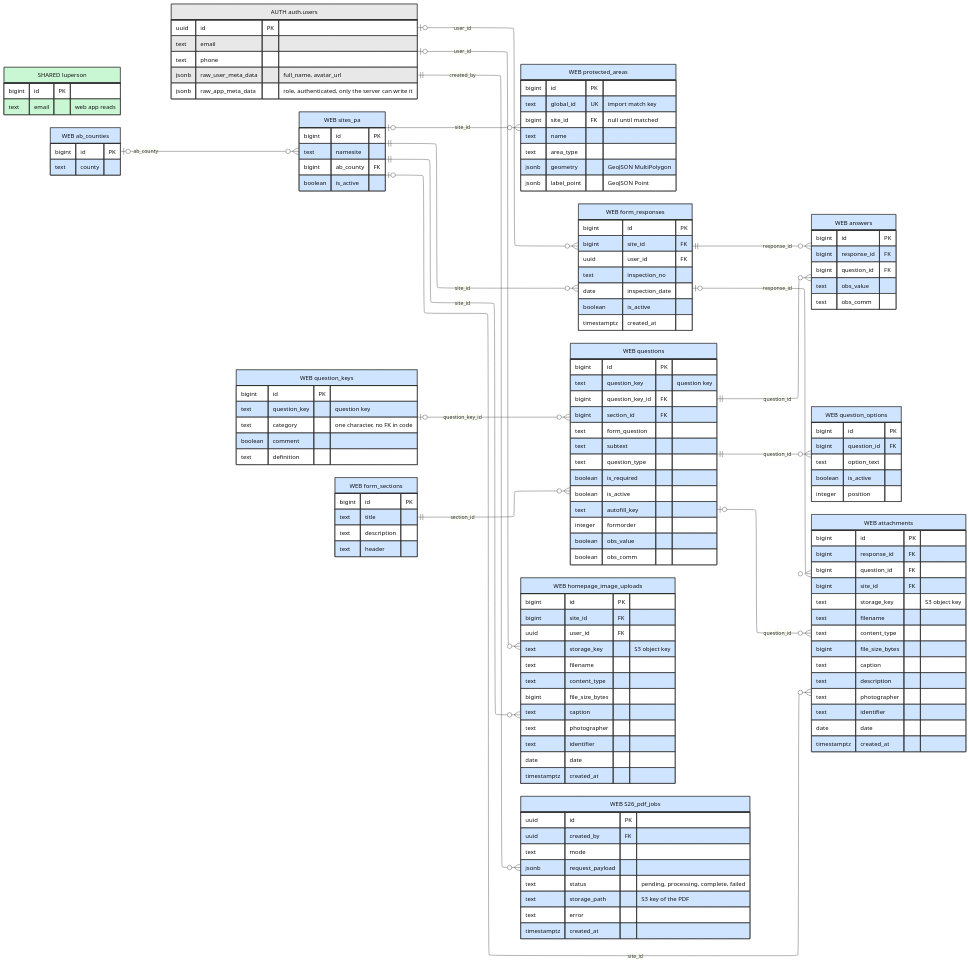
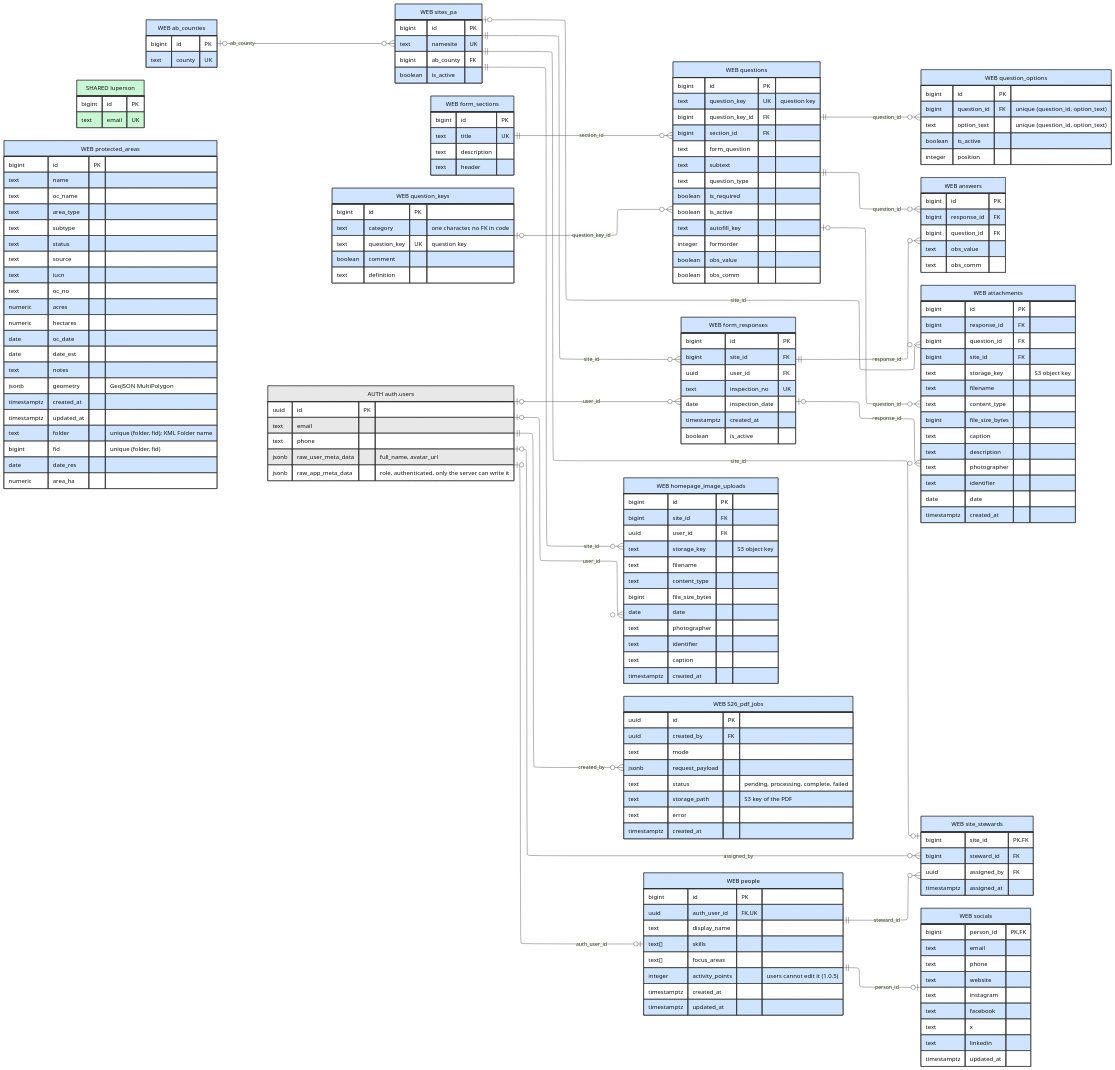
One commit to SAPAA-Dev/W26Project-SAPAA-Dev-Team changed the diagram in docs/assets/ER_Diagram.mmd. Above: the diagram before and after it, drawn with Mermaid. The commit also changed 63 other files, not shown here.

First line of the commit message:
(feat): add diagram generator that updates diagrams on every PR (#157)

```diff
--- a/docs/assets/ER_Diagram.mmd
+++ b/docs/assets/ER_Diagram.mmd
@@ -3,7 +3,7 @@
   layout: elk
 ---
 erDiagram
-    %% CURRENT SCHEMA: WEB APP (verified against the code on 2026-09-28)
+    %% CURRENT SCHEMA: WEB APP (generated from the migrations; comments checked on 2026-10-07)
     %% One Supabase database holds two inspection systems:
     %%   WEB    = form_responses, answers, sites_pa, S26_pdf_jobs, and others. Used only by webapp/.
     %%   LEGACY = inspectheader, inspectdetails, and others. Used by FNR/ and
@@ -12,80 +12,71 @@
     %% Data in one system is not visible in the other system.
 
     %% Rules for this diagram:
-    %% - A column is shown only if the code reads or writes it. Evidence:
-    %%   webapp/utils/supabase/queries.ts, webapp/utils/form-actions.ts,
-    %%   webapp/app/api/, webapp/lib/pdf/, and the local schema
-    %%   webapp/supabase/migrations/20260925000000_local_app_schema.sql.
+    %% - The block between the GENERATED markers is made by `npm run diagrams`
+    %%   from webapp/supabase/migrations/*.sql, applied in filename order. It
+    %%   shows every table and column that the migrations make, except the
+    %%   legacy read models listed at the end. Do not edit that block. Change
+    %%   tools/diagrams/src/config.mjs to add a note to a column.
+    %% - auth_users is hand-written, because Supabase makes auth.users.
     %% - The production database can have more columns. They are not shown.
+    %%   Production gets each migration by hand (see the migration headers).
     %% - Mermaid does not allow spaces or hyphens in names. The quoted comment
-    %%   gives the real column name when it is different.
+    %%   gives the real column name when it is different. UK on one column means
+    %%   unique; "unique (a, b)" means the columns are unique together.
+    %% - Code that reads and writes these tables: webapp/utils/supabase/queries.ts,
+    %%   webapp/utils/form-actions.ts, webapp/utils/steward-actions.ts,
+    %%   webapp/utils/kml-import-actions.ts, webapp/app/api/ (for example
+    %%   webapp/app/api/profile/route.ts) and webapp/lib/pdf/.
     %% - The web app keys users by auth.users.id. It uses luperson only to check
-    %%   if an email belongs to a steward (queries.ts:349-359). There is no
+    %%   if an email belongs to a steward (isSteward in queries.ts). There is no
     %%   foreign key between auth.users and luperson.
+    %% - people has one row for each login. The trigger create_person_on_signup
+    %%   on auth.users (function create_person_for_new_user) makes it.
+    %% - site_stewards.site_id is the primary key, so a site has one steward.
+    %% - protected_areas has no foreign key. The KML import
+    %%   (webapp/utils/kml-import-actions.ts) matches rows on (folder, fid).
+    %% - The role is in raw_app_meta_data (app_metadata.role and
+    %%   app_metadata.authenticated). The RLS policies read it.
 
     %% Tables that the earlier diagram showed but the code does not use:
-    %% luperson, lumembertype, types, typessub,
+    %% lumembertype, types, typessub,
     %% naturalregion, naturalregionsub, questions_category,
     %% recreational_activities and their join tables. They can exist in
     %% the database. They are not shown because no code uses them.
     direction LR
 
-    auth_users["AUTH auth.users"] {
-        uuid id PK
-        text email
-        text phone
-        jsonb raw_user_meta_data "full_name, avatar_url"
-        jsonb raw_app_meta_data "role, authenticated, only the server can write it"
-    }
-
-    luperson["SHARED luperson"] {
+    %% BEGIN GENERATED: er
+    %% Generated from webapp/supabase/migrations/*.sql, applied in filename order.
+    ab_counties["WEB ab_counties"] {
         bigint id PK
-        text email "web app reads"
+        text county UK
     }
 
     sites_pa["WEB sites_pa"] {
         bigint id PK
-        text namesite
+        text namesite UK
         bigint ab_county FK
         boolean is_active
     }
 
-    protected_areas["WEB protected_areas"] {
+    form_sections["WEB form_sections"] {
         bigint id PK
-        text global_id UK "import match key"
-        bigint site_id FK "null until matched"
-        text name
-        text area_type
-        jsonb geometry "GeoJSON MultiPolygon"
-        jsonb label_point "GeoJSON Point"
+        text title UK
+        text description
+        text header
     }
 
-    ab_counties["WEB ab_counties"] {
+    question_keys["WEB question_keys"] {
         bigint id PK
-        text county
-    }
-
-    form_responses["WEB form_responses"] {
-        bigint id PK
-        bigint site_id FK
-        uuid user_id FK
-        text inspection_no
-        date inspection_date
-        boolean is_active
-        timestamptz created_at
-    }
-
-    answers["WEB answers"] {
-        bigint id PK
-        bigint response_id FK
-        bigint question_id FK
-        text obs_value
-        text obs_comm
+        text category "one character, no FK in code"
+        text question_key UK "question key"
+        boolean comment
+        text definition
     }
 
     questions["WEB questions"] {
         bigint id PK
-        text question_key "question key"
+        text question_key UK "question key"
         bigint question_key_id FK
         bigint section_id FK
         text form_question
@@ -99,27 +90,30 @@
         boolean obs_comm
     }
 
-    question_keys["WEB question_keys"] {
-        bigint id PK
-        text question_key "question key"
-        text category "one character, no FK in code"
-        boolean comment
-        text definition
-    }
-
     question_options["WEB question_options"] {
         bigint id PK
-        bigint question_id FK
-        text option_text
+        bigint question_id FK "unique (question_id, option_text)"
+        text option_text "unique (question_id, option_text)"
         boolean is_active
         integer position
     }
 
-    form_sections["WEB form_sections"] {
+    form_responses["WEB form_responses"] {
         bigint id PK
-        text title
-        text description
-        text header
+        bigint site_id FK
+        uuid user_id FK
+        text inspection_no UK
+        date inspection_date
+        timestamptz created_at
+        boolean is_active
+    }
+
+    answers["WEB answers"] {
+        bigint id PK
+        bigint response_id FK
+        bigint question_id FK
+        text obs_value
+        text obs_comm
     }
 
     attachments["WEB attachments"] {
@@ -147,11 +141,16 @@
         text filename
         text content_type
         bigint file_size_bytes
-        text caption
+        date date
         text photographer
         text identifier
-        date date
+        text caption
         timestamptz created_at
+    }
+
+    luperson["SHARED luperson"] {
+        bigint id PK
+        text email UK
     }
 
     S26_pdf_jobs["WEB S26_pdf_jobs"] {
@@ -165,35 +164,106 @@
         timestamptz created_at
     }
 
+    people["WEB people"] {
+        bigint id PK
+        uuid auth_user_id FK, UK
+        text display_name
+        text[] skills
+        text[] focus_areas
+        integer activity_points "users cannot edit it (1.0.5)"
+        timestamptz created_at
+        timestamptz updated_at
+    }
+
+    site_stewards["WEB site_stewards"] {
+        bigint site_id PK, FK
+        bigint steward_id FK
+        uuid assigned_by FK
+        timestamptz assigned_at
+    }
+
+    protected_areas["WEB protected_areas"] {
+        bigint id PK
+        text name
+        text oc_name
+        text area_type
+        text subtype
+        text status
+        text source
+        text iucn
+        text oc_no
+        numeric acres
+        numeric hectares
+        date oc_date
+        date date_est
+        text notes
+        jsonb geometry "GeoJSON MultiPolygon"
+        timestamptz created_at
+        timestamptz updated_at
+        text folder "unique (folder, fid); KML Folder name"
+        bigint fid "unique (folder, fid)"
+        date date_res
+        numeric area_ha
+    }
+
+    socials["WEB socials"] {
+        bigint person_id PK, FK
+        text email
+        text phone
+        text website
+        text instagram
+        text facebook
+        text x
+        text linkedin
+        timestamptz updated_at
+    }
+
     ab_counties |o--o{ sites_pa : "ab_county"
-    sites_pa |o--o{ protected_areas : "site_id"
+    question_keys |o--o{ questions : "question_key_id"
+    form_sections ||--o{ questions : "section_id"
+    questions ||--o{ question_options : "question_id"
     sites_pa ||--o{ form_responses : "site_id"
     auth_users |o--o{ form_responses : "user_id"
     form_responses ||--o{ answers : "response_id"
     questions ||--o{ answers : "question_id"
-    form_sections ||--o{ questions : "section_id"
-    question_keys |o--o{ questions : "question_key_id"
-    questions ||--o{ question_options : "question_id"
     form_responses |o--o{ attachments : "response_id"
     questions |o--o{ attachments : "question_id"
     sites_pa |o--o{ attachments : "site_id"
     sites_pa ||--o{ homepage_image_uploads : "site_id"
     auth_users |o--o{ homepage_image_uploads : "user_id"
     auth_users ||--o{ S26_pdf_jobs : "created_by"
+    auth_users |o--o| people : "auth_user_id"
+    sites_pa ||--o| site_stewards : "site_id"
+    people ||--o{ site_stewards : "steward_id"
+    auth_users |o--o{ site_stewards : "assigned_by"
+    people ||--o| socials : "person_id"
+
+    class ab_counties,sites_pa,form_sections,question_keys,questions,question_options,form_responses,answers,attachments,homepage_image_uploads,S26_pdf_jobs,people,site_stewards,protected_areas,socials web
+    class luperson shared
+    %% END GENERATED: er
+
+    auth_users["AUTH auth.users"] {
+        uuid id PK
+        text email
+        text phone
+        jsonb raw_user_meta_data "full_name, avatar_url"
+        jsonb raw_app_meta_data "role, authenticated, only the server can write it"
+    }
 
     classDef auth fill:#e8e8e8,stroke:#333,color:#111
     classDef shared fill:#c9f7d4,stroke:#333,color:#111
     classDef web fill:#cfe4ff,stroke:#333,color:#111
 
     class auth_users auth
-    class luperson shared
-    class sites_pa,protected_areas,ab_counties,form_responses,answers,questions,question_keys,question_options,form_sections,attachments,homepage_image_uploads,S26_pdf_jobs web
 
     %% Other data that the web app reads, not shown as tables:
     %% - Legacy read models sites_report_fnr_test (webapp/app/api/heatmap/route.ts)
-    %%   and sites_list_fnr, sites_detail_fnr_test (queries.ts:260, 520). The
-    %%   two functions in queries.ts have no caller in webapp/app or
-    %%   webapp/components. See ER_Diagram_Legacy.mmd.
-    %% - RPC functions get_naturalness_distribution and
-    %%   get_top_sites_distribution (queries.ts:940, 950).
-    %% - Image and PDF files are in AWS S3, not in Supabase Storage.
+    %%   and sites_list_fnr, sites_detail_fnr_test (addSiteInspection and
+    %%   getInspectionDetailsOnline in queries.ts). The two functions in
+    %%   queries.ts have no caller in webapp/app or webapp/components.
+    %%   See ER_Diagram_Legacy.mmd.
+    %% - RPC functions get_naturalness_distribution, get_top_sites_distribution
+    %%   (getNaturalnessDistribution and getTopSitesDistribution in queries.ts)
+    %%   and get_distinct_inspected_site_count (webapp/app/api/profile/route.ts).
+    %% - Image and PDF files are in AWS S3. KML and KMZ imports are staged in the
+    %%   private Supabase Storage bucket kml-imports (admins only, 50 MiB).
```
